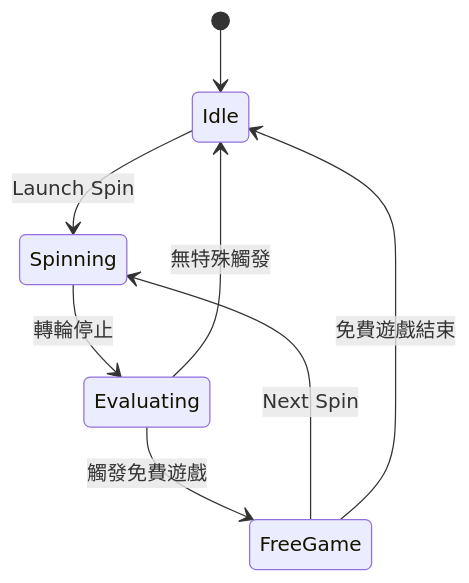
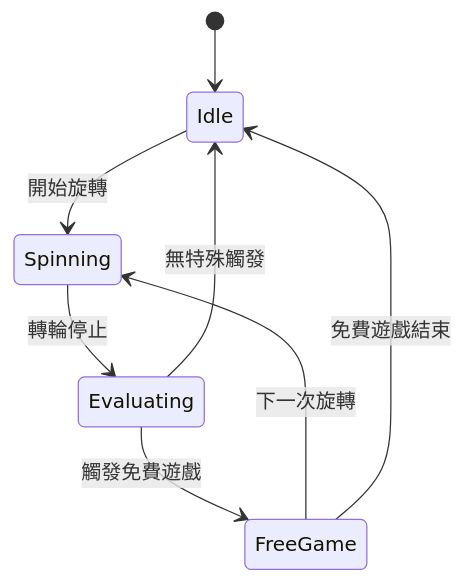
The seventh of 8 diagrams in skills/write-md/references/mermaid-guide_zhTW.md (Aery9527/misty-marketplace), drawn with Mermaid before and after one commit. The commit also changed other lines of this file and 2 other files, not shown here.

Commit message:
docs(write-md): 修正 Mermaid 語法與跨圖型樣式指引

````diff
--- a/skills/write-md/references/mermaid-guide_zhTW.md
+++ b/skills/write-md/references/mermaid-guide_zhTW.md
@@ -185,10 +196,10 @@
 ```mermaid
 stateDiagram-v2
     [*] --> Idle
-    Idle --> Spinning : Launch Spin
+    Idle --> Spinning : 開始旋轉
     Spinning --> Evaluating : 轉輪停止
     Evaluating --> FreeGame : 觸發免費遊戲
     Evaluating --> Idle : 無特殊觸發
-    FreeGame --> Spinning : Next Spin
+    FreeGame --> Spinning : 下一次旋轉
     FreeGame --> Idle : 免費遊戲結束
 ```
````
